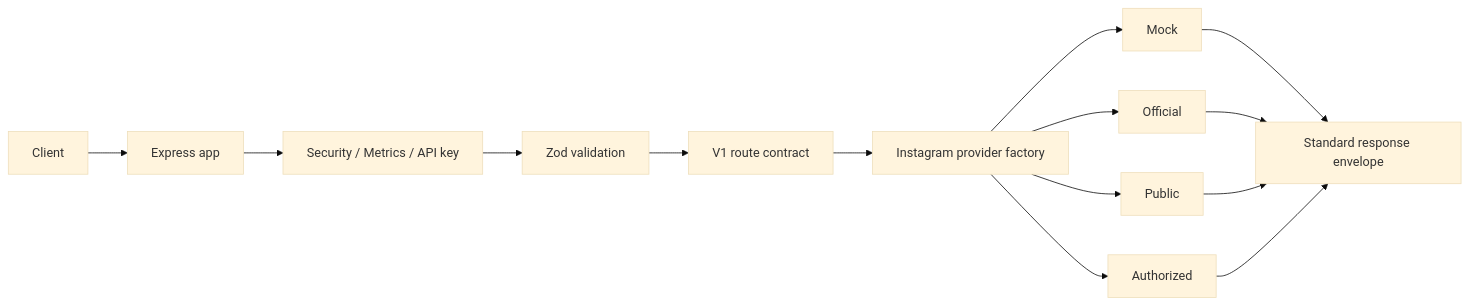
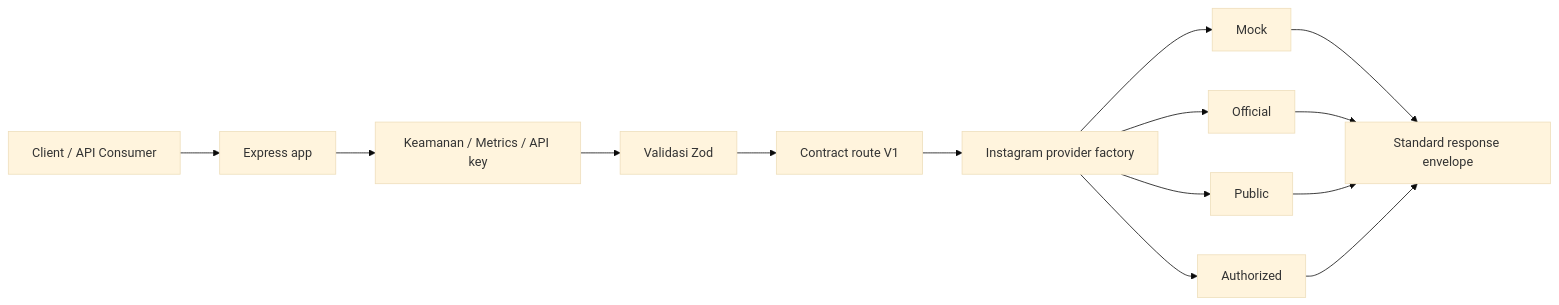
One commit to kakrusliandika/TenRusl-InstagramApiNodeJs changed the first of 2 diagrams in docs/ARCHITECTURE.md. Above: the diagram before and after it, drawn with Mermaid (base theme). The commit also changed other lines of this file and 13 other files, not shown here.

````diff
--- a/docs/ARCHITECTURE.md
+++ b/docs/ARCHITECTURE.md
@@ -5,16 +10,16 @@
 ```mermaid
 flowchart LR
-  Client --> Express[Express app]
-  Express --> Middleware[Security / Metrics / API key]
-  Middleware --> Validation[Zod validation]
-  Validation --> Routes[V1 route contract]
+  Client[Client / API Consumer] --> Express[Express app]
+  Express --> Middleware[Keamanan / Metrics / API key]
+  Middleware --> Validation[Validasi Zod]
+  Validation --> Routes[Contract route V1]
   Routes --> Factory[Instagram provider factory]
   Factory --> Mock
   Factory --> Official
   Factory --> Public
   Factory --> Authorized
   Mock --> Envelope[Standard response envelope]
   Official --> Envelope
   Public --> Envelope
   Authorized --> Envelope
 ```
````
